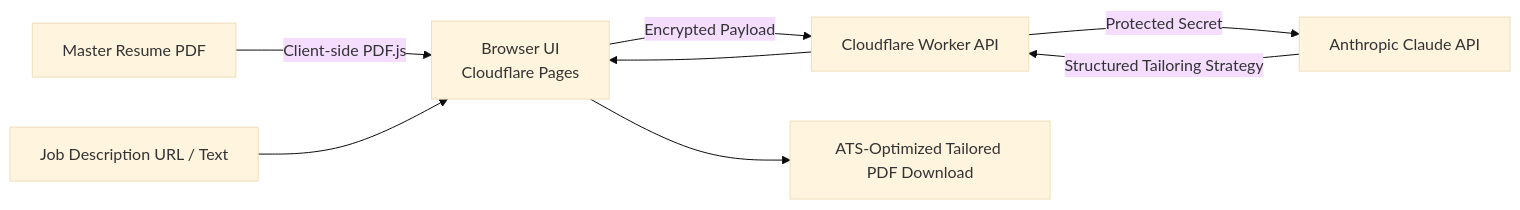
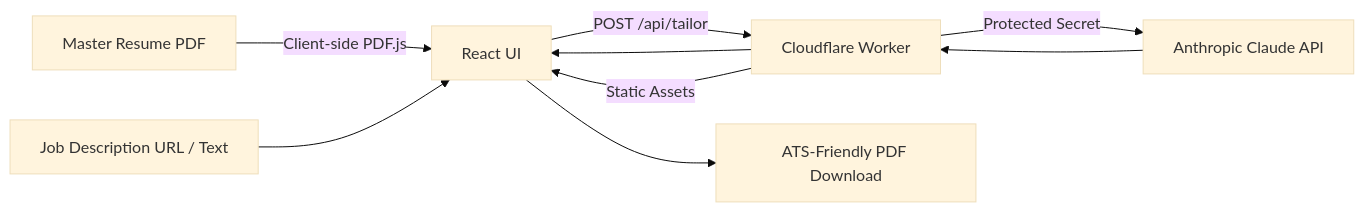
Before and after one commit to MadanMohan0537/Resume-Matcher: the diagram in README.md, drawn with Mermaid (base theme). The commit also changed other lines of this file and 4 other files, not shown here.

````diff
--- a/README.md
+++ b/README.md
@@ -33,10 +36,11 @@
 ```mermaid
 flowchart LR
-    A[Master Resume PDF] -->|Client-side PDF.js| B[Browser UI <br>Cloudflare Pages]
+    A[Master Resume PDF] -->|Client-side PDF.js| B[React UI]
     C[Job Description URL / Text] --> B
-    B -->|Encrypted Payload| D[Cloudflare Worker API]
+    B -->|POST /api/tailor| D[Cloudflare Worker]
     D -->|Protected Secret| E[Anthropic Claude API]
-    E -->|Structured Tailoring Strategy| D
+    E --> D
     D --> B
-    B --> F[ATS-Optimized Tailored PDF Download]
+    B --> F[ATS-Friendly PDF Download]
+    D -->|Static Assets| B
 ```
````
